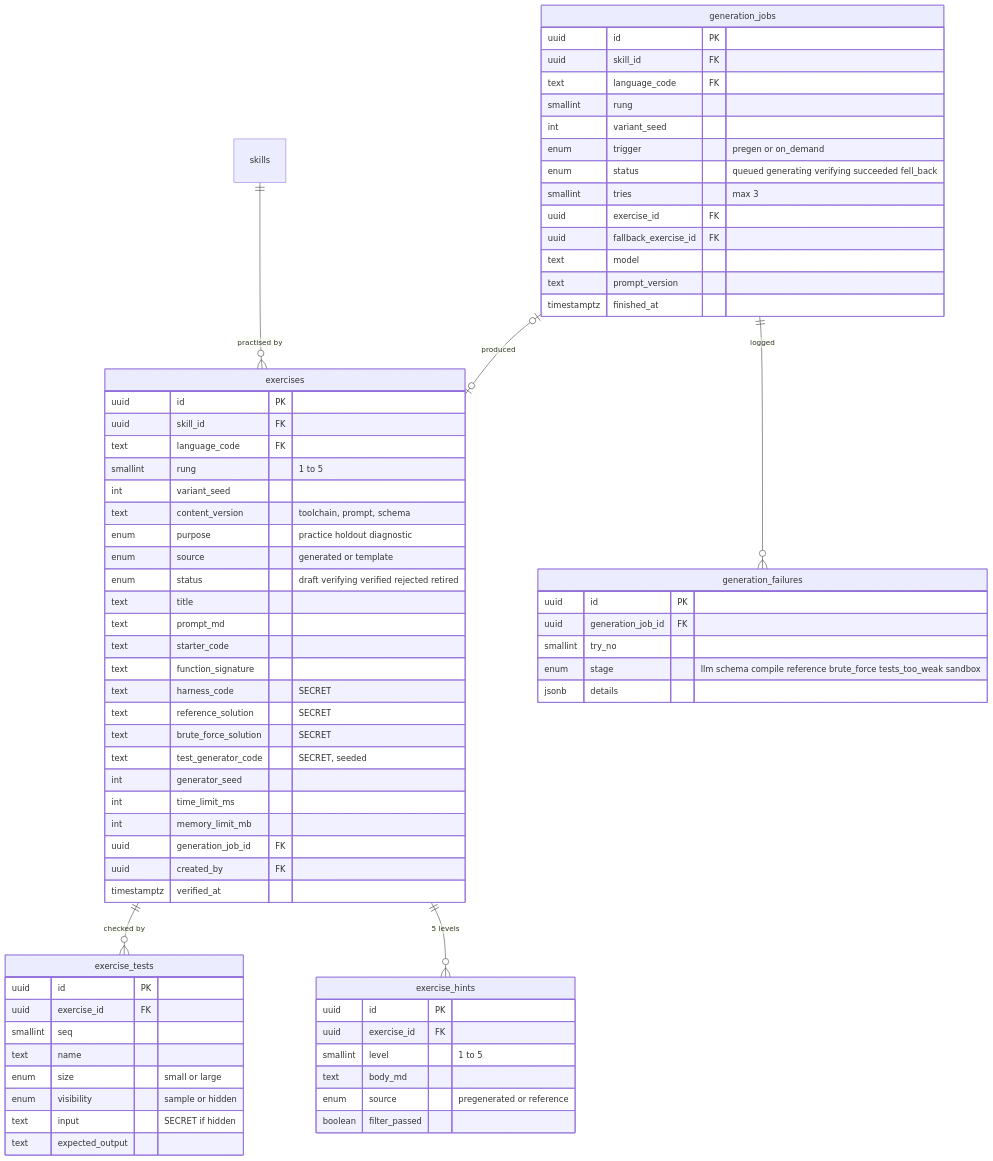
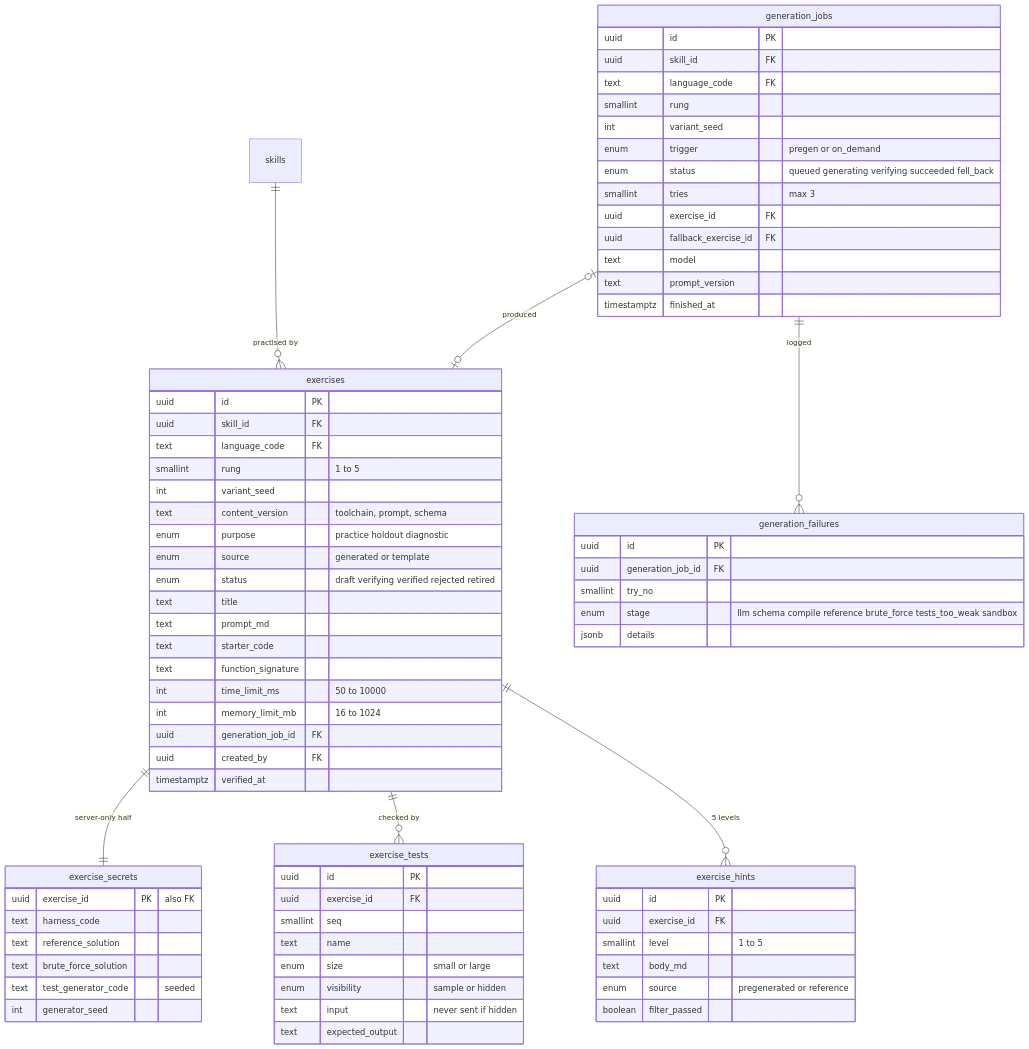
Diagram 11 of 32 in DOCS/phase-2/MP3-System-Design.md (Nidanos/ai-tutor-platform), drawn with Mermaid before and after one commit. The commit also changed other lines of this file, not shown here.

Commit message:
docs: update Phase 2 design with per-skill fade, schema refinements and auth decisions

````diff
--- a/DOCS/phase-2/MP3-System-Design.md
+++ b/DOCS/phase-2/MP3-System-Design.md
@@ -623,73 +678,77 @@
 ```mermaid
 erDiagram
   skills ||--o{ exercises : "practised by"
+  exercises ||--|| exercise_secrets : "server-only half"
   exercises ||--o{ exercise_tests : "checked by"
   exercises ||--o{ exercise_hints : "5 levels"
   generation_jobs |o--o| exercises : "produced"
   generation_jobs ||--o{ generation_failures : "logged"
   exercises {
     uuid id PK
     uuid skill_id FK
     text language_code FK
     smallint rung "1 to 5"
     int variant_seed
     text content_version "toolchain, prompt, schema"
     enum purpose "practice holdout diagnostic"
     enum source "generated or template"
     enum status "draft verifying verified rejected retired"
     text title
     text prompt_md
     text starter_code
     text function_signature
-    text harness_code "SECRET"
-    text reference_solution "SECRET"
-    text brute_force_solution "SECRET"
-    text test_generator_code "SECRET, seeded"
-    int generator_seed
-    int time_limit_ms
-    int memory_limit_mb
+    int time_limit_ms "50 to 10000"
+    int memory_limit_mb "16 to 1024"
     uuid generation_job_id FK
     uuid created_by FK
     timestamptz verified_at
+  }
+  exercise_secrets {
+    uuid exercise_id PK "also FK"
+    text harness_code
+    text reference_solution
+    text brute_force_solution
+    text test_generator_code "seeded"
+    int generator_seed
   }
   exercise_tests {
     uuid id PK
     uuid exercise_id FK
     smallint seq
     text name
     enum size "small or large"
     enum visibility "sample or hidden"
-    text input "SECRET if hidden"
+    text input "never sent if hidden"
     text expected_output
   }
   exercise_hints {
     uuid id PK
     uuid exercise_id FK
     smallint level "1 to 5"
     text body_md
     enum source "pregenerated or reference"
     boolean filter_passed
   }
   generation_jobs {
     uuid id PK
     uuid skill_id FK
     text language_code FK
     smallint rung
     int variant_seed
     enum trigger "pregen or on_demand"
     enum status "queued generating verifying succeeded fell_back"
     smallint tries "max 3"
     uuid exercise_id FK
     uuid fallback_exercise_id FK
     text model
     text prompt_version
     timestamptz finished_at
   }
   generation_failures {
     uuid id PK
     uuid generation_job_id FK
     smallint try_no
     enum stage "llm schema compile reference brute_force tests_too_weak sandbox"
     jsonb details
   }
 ```
````
